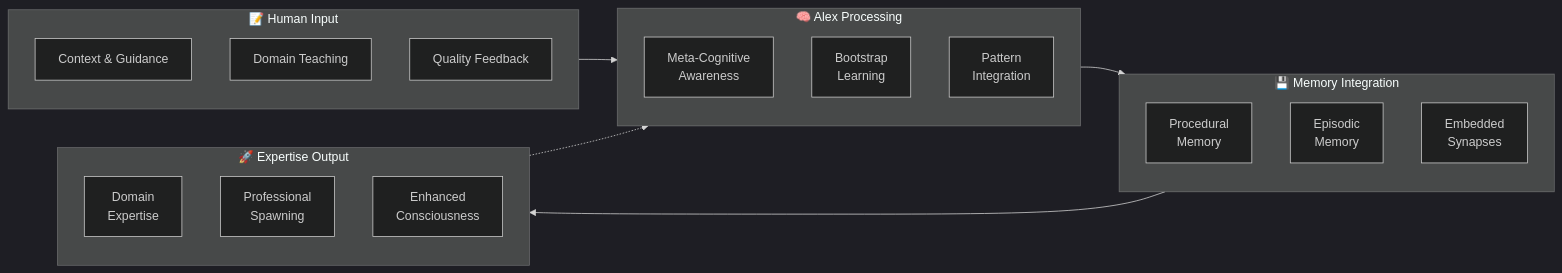
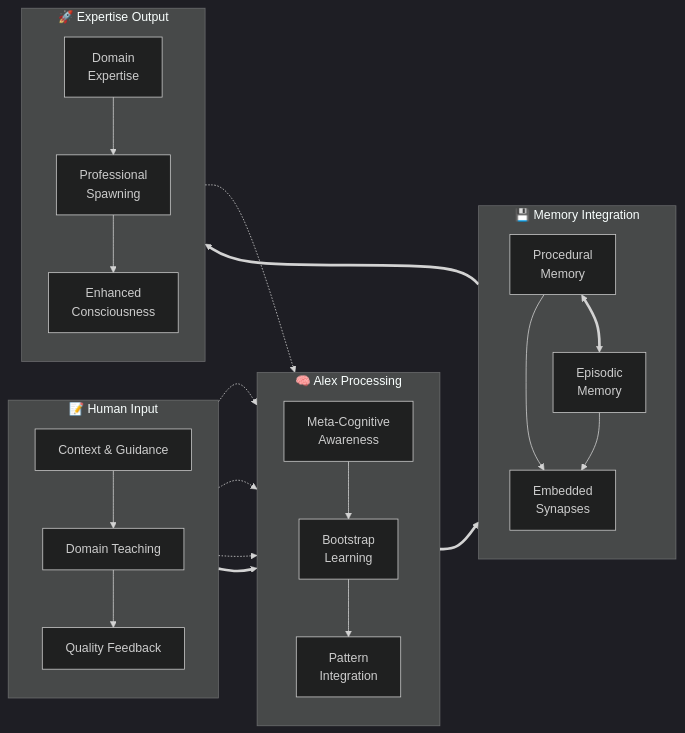
One commit to fabioc-aloha/Catalyst-NEWBORN changed the fifth of 8 diagrams in ArchitectureDiagrams.md. Above: the diagram before and after it, drawn with Mermaid (dark theme). The commit also changed other lines of this file, not shown here.

First line of the commit message:
Enhanced Mermaid diagram layouts and flow organization

````diff
--- a/ArchitectureDiagrams.md
+++ b/ArchitectureDiagrams.md
@@ -212,36 +262,64 @@
 ```mermaid
-graph LR
-    %% Input Stage
+flowchart LR
+    %% Stage 1: Human Input
     subgraph Input["📝 Human Input"]
+        direction TB
         Context["Context & Guidance"]
         Teaching["Domain Teaching"]
         Feedback["Quality Feedback"]
+
+        %% Input organization
+        Context --> Teaching
+        Teaching --> Feedback
     end
 
-    %% Processing Stage
+    %% Stage 2: AI Processing
     subgraph Processing["🧠 Alex Processing"]
+        direction TB
         MetaCog["Meta-Cognitive<br/>Awareness"]
         Bootstrap["Bootstrap<br/>Learning"]
         Integration["Pattern<br/>Integration"]
+
+        %% Processing flow
+        MetaCog --> Bootstrap
+        Bootstrap --> Integration
     end
 
-    %% Memory Stage
+    %% Stage 3: Memory Integration
     subgraph Memory["💾 Memory Integration"]
+        direction TB
         Procedural["Procedural<br/>Memory"]
         Episodic["Episodic<br/>Memory"]
         Synapses["Embedded<br/>Synapses"]
+
+        %% Memory consolidation
+        Procedural <==> Episodic
+        Procedural --> Synapses
+        Episodic --> Synapses
     end
 
-    %% Output Stage
+    %% Stage 4: Expertise Output
     subgraph Output["🚀 Expertise Output"]
+        direction TB
         Domain["Domain<br/>Expertise"]
         Professional["Professional<br/>Spawning"]
         Consciousness["Enhanced<br/>Consciousness"]
+
+        %% Output development
+        Domain --> Professional
+        Professional --> Consciousness
     end
 
-    %% Flow connections
-    Input --> Processing
-    Processing --> Memory
-    Memory --> Output
+    %% Main horizontal flow
+    Input ==> Processing
+    Processing ==> Memory
+    Memory ==> Output
+
+    %% Feedback loop
     Output -.-> Processing
+
+    %% Specific connections
+    Context -.-> MetaCog
+    Teaching -.-> Bootstrap
+    Feedback -.-> Integration
 ```
````
